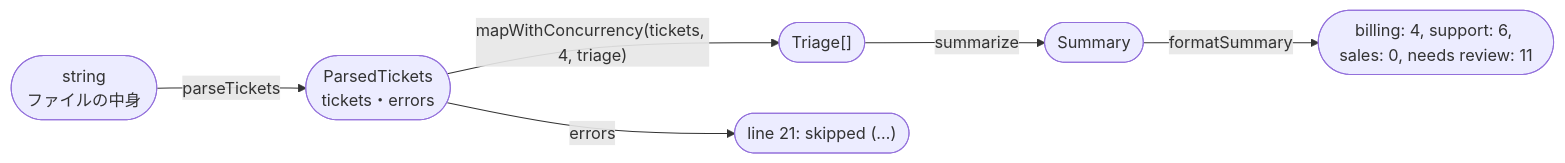
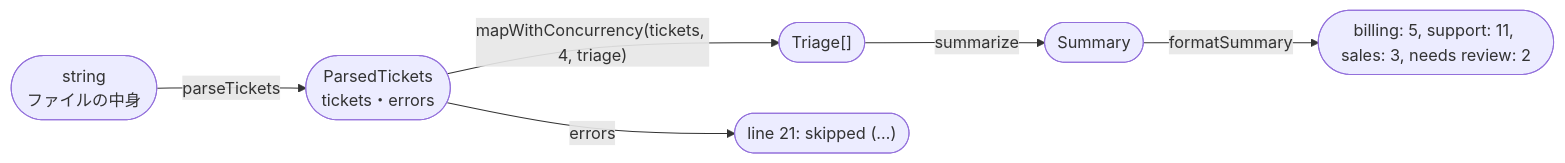
Before and after one commit to enunun/systemone-handson: the third of 6 diagrams in iterations/iteration-6/solution/design/04-code.md, drawn with Mermaid. The commit also changed 184 other files, not shown here.

````diff
--- a/iterations/iteration-6/solution/design/04-code.md
+++ b/iterations/iteration-6/solution/design/04-code.md
@@ -38,8 +38,8 @@
 ```mermaid
 flowchart LR
   text(["string<br/>ファイルの中身"]) -- "parseTickets" --> parsed(["ParsedTickets<br/>tickets・errors"])
   parsed -- "mapWithConcurrency(tickets, 4, triage)" --> results(["Triage[]"])
   results -- "summarize" --> summary(["Summary"])
-  summary -- "formatSummary" --> line(["billing: 4, support: 6, sales: 0, needs review: 11"])
+  summary -- "formatSummary" --> line(["billing: 5, support: 11, sales: 3, needs review: 2"])
   parsed -- "errors" --> errors(["line 21: skipped (…)"])
 ```
````
